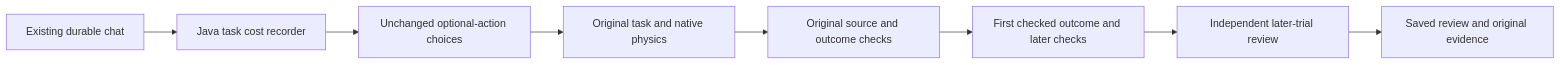
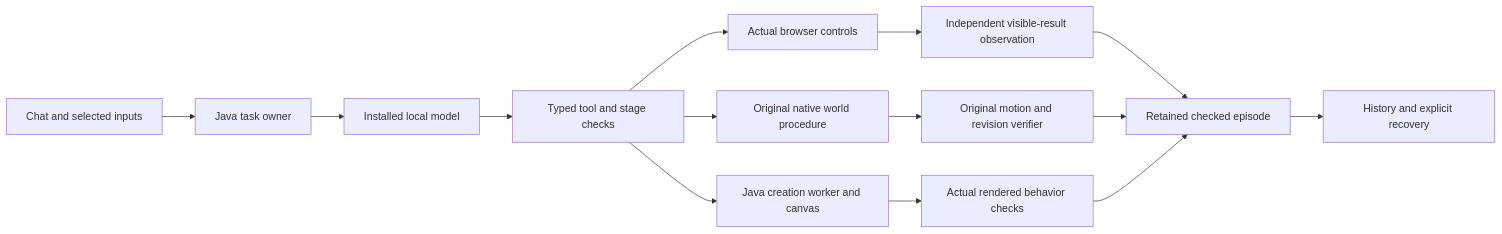
The diagram in README.md (eyeoverthink/Fraynix-Agent-Workspace), drawn with Mermaid before and after one commit. The commit also changed other lines of this file and 540 other files, not shown here.

Commit message:
Document edition 126 real local-model workspace and retained verification with actual evidence

````diff
--- a/README.md
+++ b/README.md
@@ -153,10 +141,16 @@
 ```mermaid
 flowchart LR
-  Chat[Existing durable chat] --> Costs[Java task cost recorder]
-  Costs --> Choices[Unchanged optional-action choices]
-  Choices --> Native[Original task and native physics]
-  Native --> Checks[Original source and outcome checks]
-  Checks --> Clock[First checked outcome and later checks]
-  Clock --> Review[Independent later-trial review]
-  Review --> History[Saved review and original evidence]
+  Request[Chat and selected inputs] --> Java[Java task owner]
+  Java --> Model[Installed local model]
+  Model --> Admission[Typed tool and stage checks]
+  Admission --> Browser[Actual browser controls]
+  Admission --> World[Original native world procedure]
+  Admission --> Canvas[Java creation worker and canvas]
+  Browser --> Visible[Independent visible-result observation]
+  World --> Physical[Original motion and revision verifier]
+  Canvas --> Rendered[Actual rendered behavior checks]
+  Visible --> Journal[Retained checked episode]
+  Physical --> Journal
+  Rendered --> Journal
+  Journal --> Recovery[History and explicit recovery]
 ```
````
